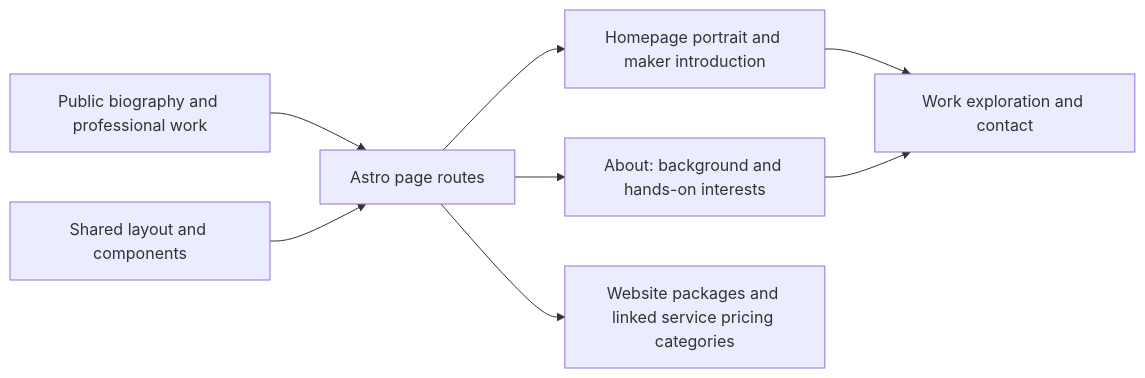
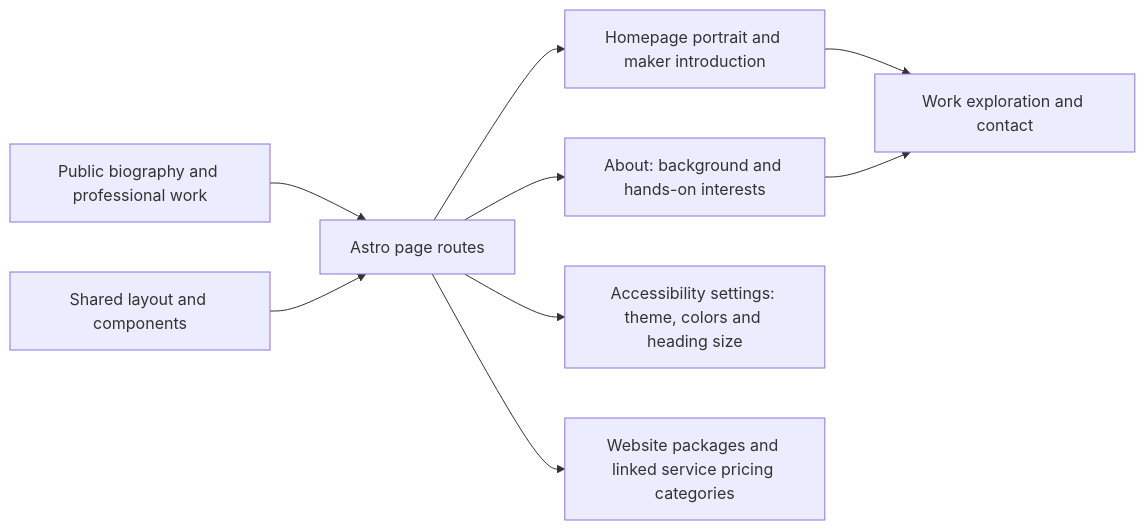
The diagram in src/pages/_readme.md (anoblet/astronautical-apogee), drawn with Mermaid before and after one commit. The commit also changed other lines of this file and 4 other files, not shown here.

Commit message:
fix(settings): rename appearance to accessibility

````diff
--- a/src/pages/_readme.md
+++ b/src/pages/_readme.md
@@ -11,10 +11,11 @@
 ```mermaid
 flowchart LR
     Biography[Public biography and professional work] --> Routes[Astro page routes]
     Routes --> Home[Homepage portrait and maker introduction]
     Routes --> About[About: background and hands-on interests]
     Layout[Shared layout and components] --> Routes
+    Routes --> Accessibility[Accessibility settings: theme, colors and heading size]
     Routes --> Pricing[Website packages and linked service pricing categories]
     Home --> Contact[Work exploration and contact]
     About --> Contact
 ```
````
